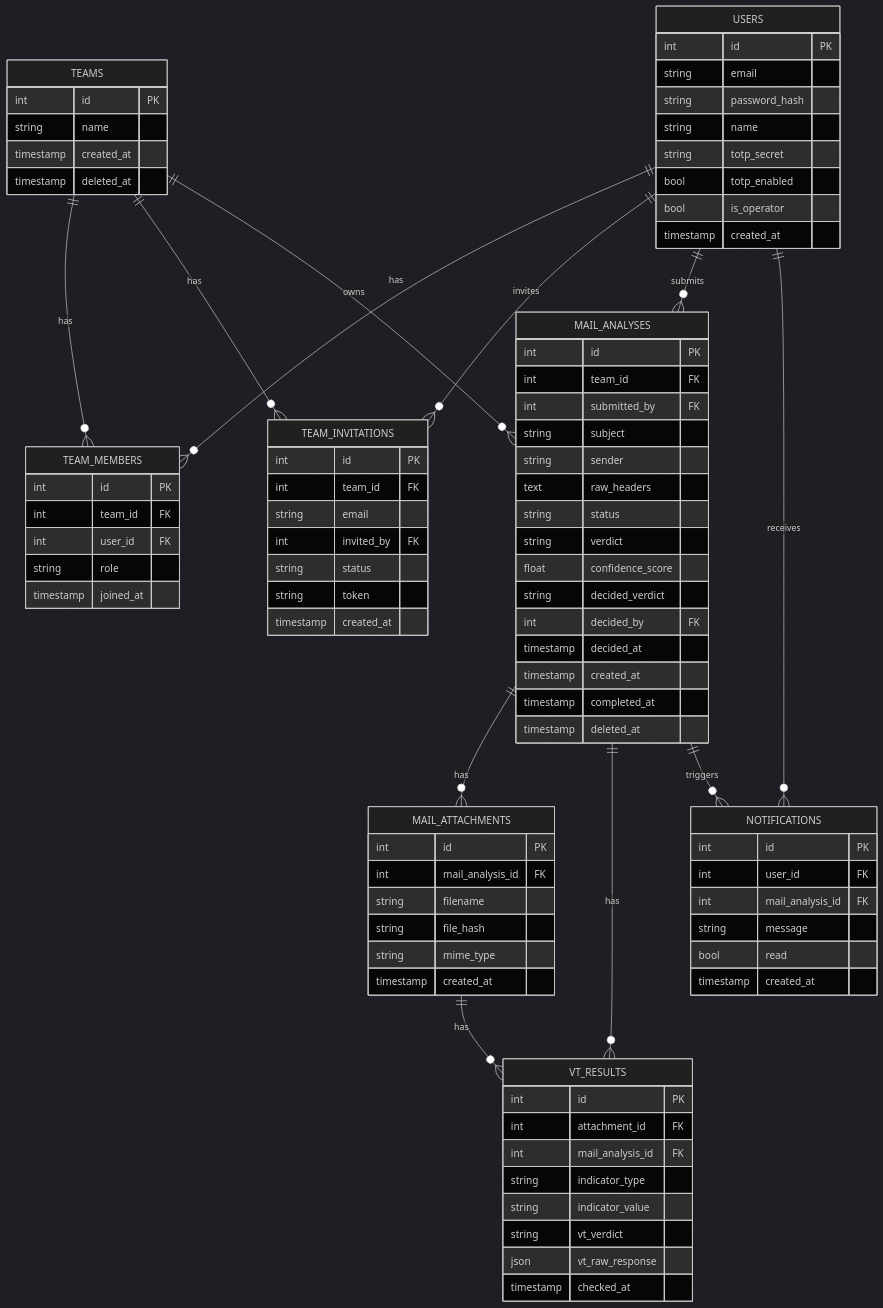
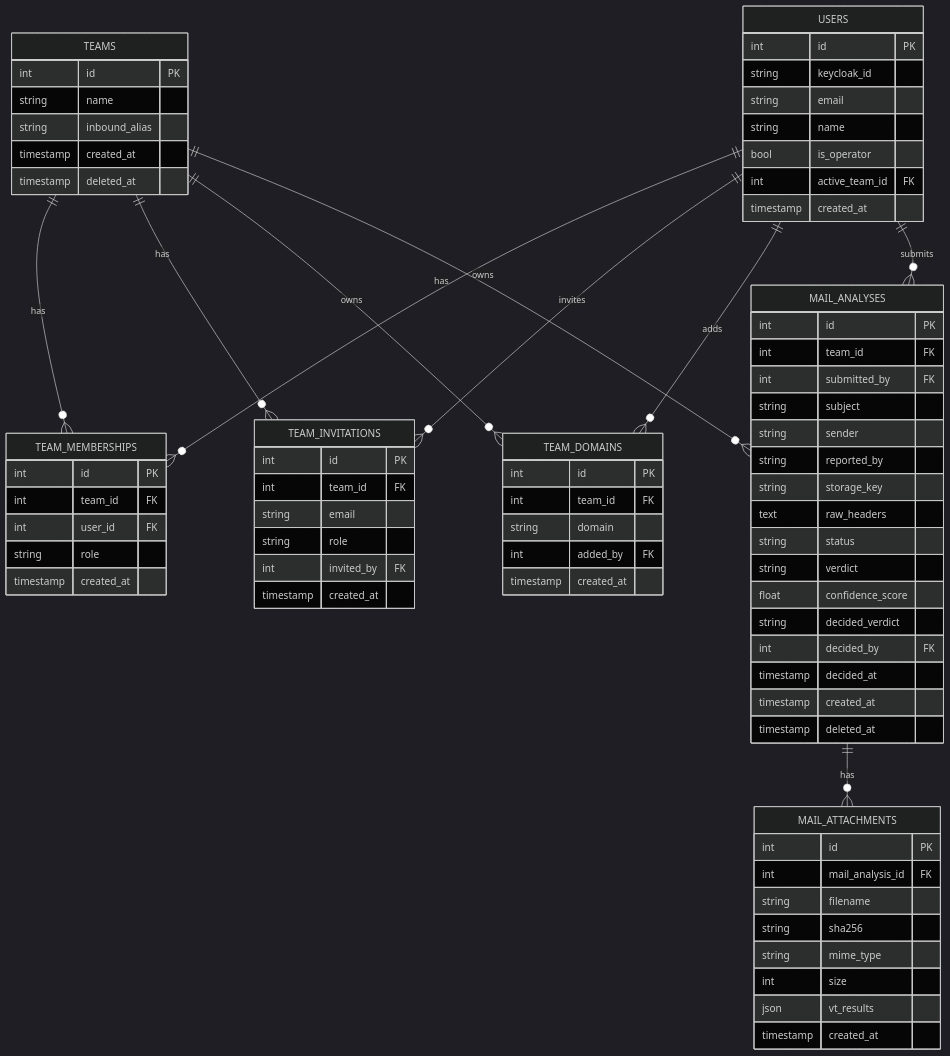
The diagram in docs/data-model.md (teamphive/phisheye), drawn with Mermaid (dark theme) before and after one commit. The commit also changed other lines of this file and 6 other files, not shown here.

````diff
--- a/docs/data-model.md
+++ b/docs/data-model.md
@@ -109,47 +132,51 @@
 ```mermaid
 erDiagram
-  USERS ||--o{ TEAM_MEMBERS : has
-  TEAMS ||--o{ TEAM_MEMBERS : has
+  USERS ||--o{ TEAM_MEMBERSHIPS : has
+  TEAMS ||--o{ TEAM_MEMBERSHIPS : has
   TEAMS ||--o{ TEAM_INVITATIONS : has
   USERS ||--o{ TEAM_INVITATIONS : invites
+  TEAMS ||--o{ TEAM_DOMAINS : owns
+  USERS ||--o{ TEAM_DOMAINS : adds
   TEAMS ||--o{ MAIL_ANALYSES : owns
   USERS ||--o{ MAIL_ANALYSES : submits
   MAIL_ANALYSES ||--o{ MAIL_ATTACHMENTS : has
-  MAIL_ANALYSES ||--o{ VT_RESULTS : has
-  MAIL_ATTACHMENTS ||--o{ VT_RESULTS : has
-  USERS ||--o{ NOTIFICATIONS : receives
-  MAIL_ANALYSES ||--o{ NOTIFICATIONS : triggers
 
   USERS {
     int id PK
+    string keycloak_id
     string email
-    string password_hash
     string name
-    string totp_secret
-    bool totp_enabled
     bool is_operator
+    int active_team_id FK
     timestamp created_at
   }
   TEAMS {
     int id PK
     string name
+    string inbound_alias
     timestamp created_at
     timestamp deleted_at
   }
-  TEAM_MEMBERS {
+  TEAM_MEMBERSHIPS {
     int id PK
     int team_id FK
     int user_id FK
     string role
-    timestamp joined_at
+    timestamp created_at
   }
   TEAM_INVITATIONS {
     int id PK
     int team_id FK
     string email
+    string role
     int invited_by FK
-    string status
-    string token
+    timestamp created_at
+  }
+  TEAM_DOMAINS {
+    int id PK
+    int team_id FK
+    string domain
+    int added_by FK
     timestamp created_at
   }
   MAIL_ANALYSES {
@@ -158,6 +185,8 @@
     int submitted_by FK
     string subject
     string sender
+    string reported_by
+    string storage_key
     text raw_headers
     string status
     string verdict
@@ -166,33 +195,16 @@
     int decided_by FK
     timestamp decided_at
     timestamp created_at
-    timestamp completed_at
     timestamp deleted_at
   }
   MAIL_ATTACHMENTS {
     int id PK
     int mail_analysis_id FK
     string filename
-    string file_hash
+    string sha256
     string mime_type
-    timestamp created_at
-  }
-  VT_RESULTS {
-    int id PK
-    int attachment_id FK
-    int mail_analysis_id FK
-    string indicator_type
-    string indicator_value
-    string vt_verdict
-    json vt_raw_response
-    timestamp checked_at
-  }
-  NOTIFICATIONS {
-    int id PK
-    int user_id FK
-    int mail_analysis_id FK
-    string message
-    bool read
+    int size
+    json vt_results
     timestamp created_at
   }
 ```
````
